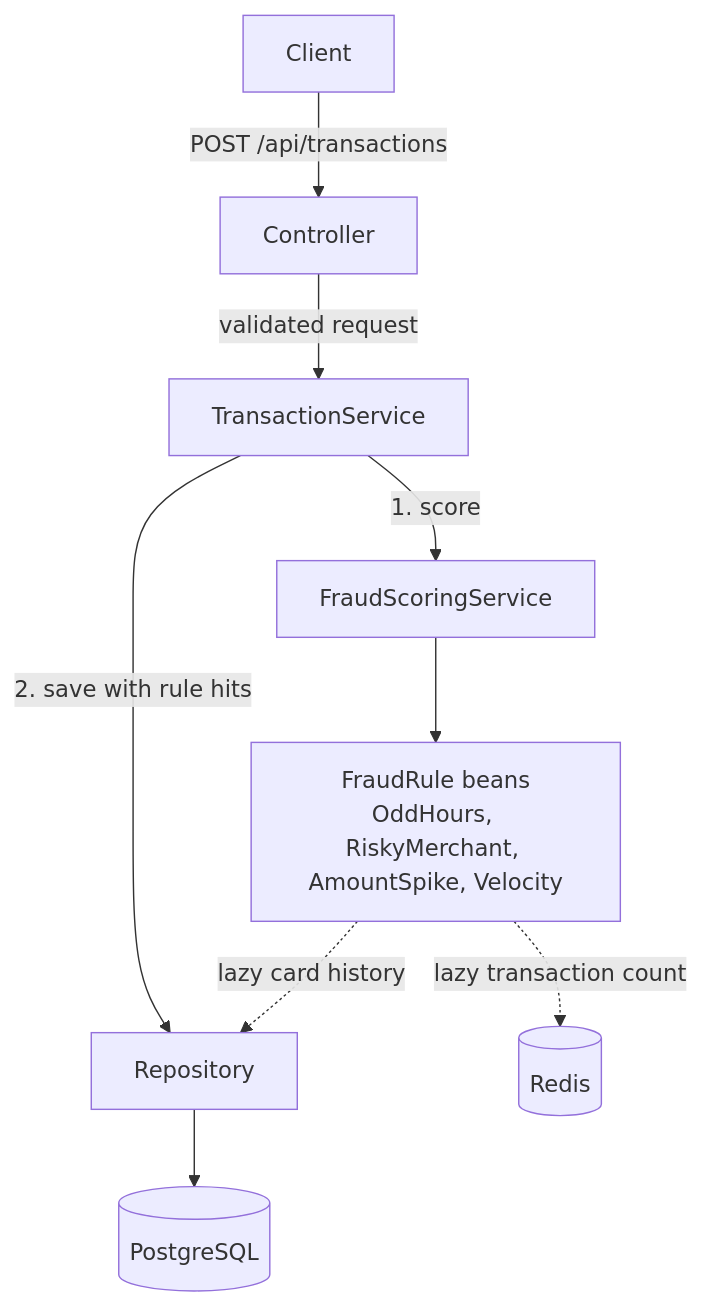
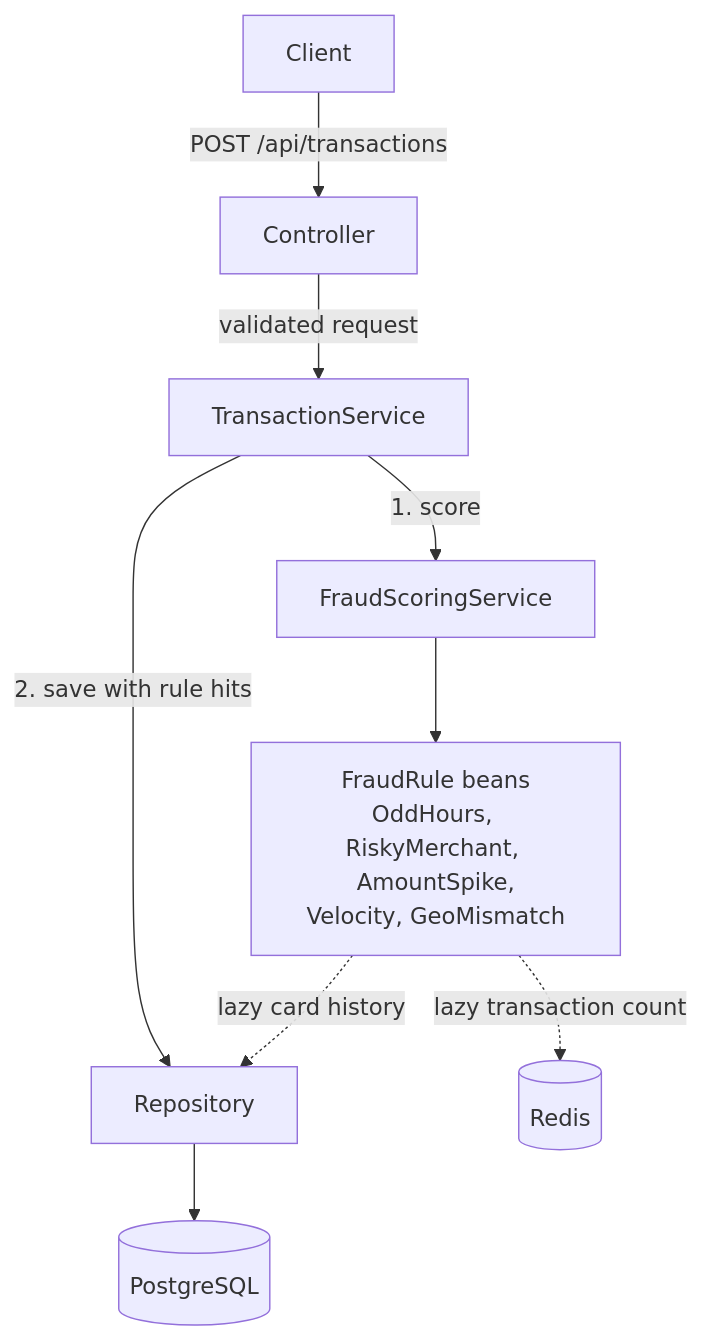
The diagram in README.md (PerumallaSG2/fraud-detection), drawn with Mermaid before and after one commit. The commit also changed other lines of this file and 12 other files, not shown here.

Commit message:
Add geo-mismatch rule; sort triggered rules; require explicit transaction ids

````diff
--- a/README.md
+++ b/README.md
@@ -15,11 +15,11 @@
 ```mermaid
 flowchart TD
     Client -->|POST /api/transactions| Controller
     Controller -->|validated request| TransactionService
     TransactionService -->|1. score| FraudScoringService
-    FraudScoringService --> Rules["FraudRule beans<br/>OddHours, RiskyMerchant, AmountSpike, Velocity"]
+    FraudScoringService --> Rules["FraudRule beans<br/>OddHours, RiskyMerchant, AmountSpike,<br/>Velocity, GeoMismatch"]
     Rules -.->|lazy card history| Repository
     Rules -.->|lazy transaction count| Redis[(Redis)]
     TransactionService -->|2. save with rule hits| Repository
     Repository --> Postgres[(PostgreSQL)]
 ```
````
